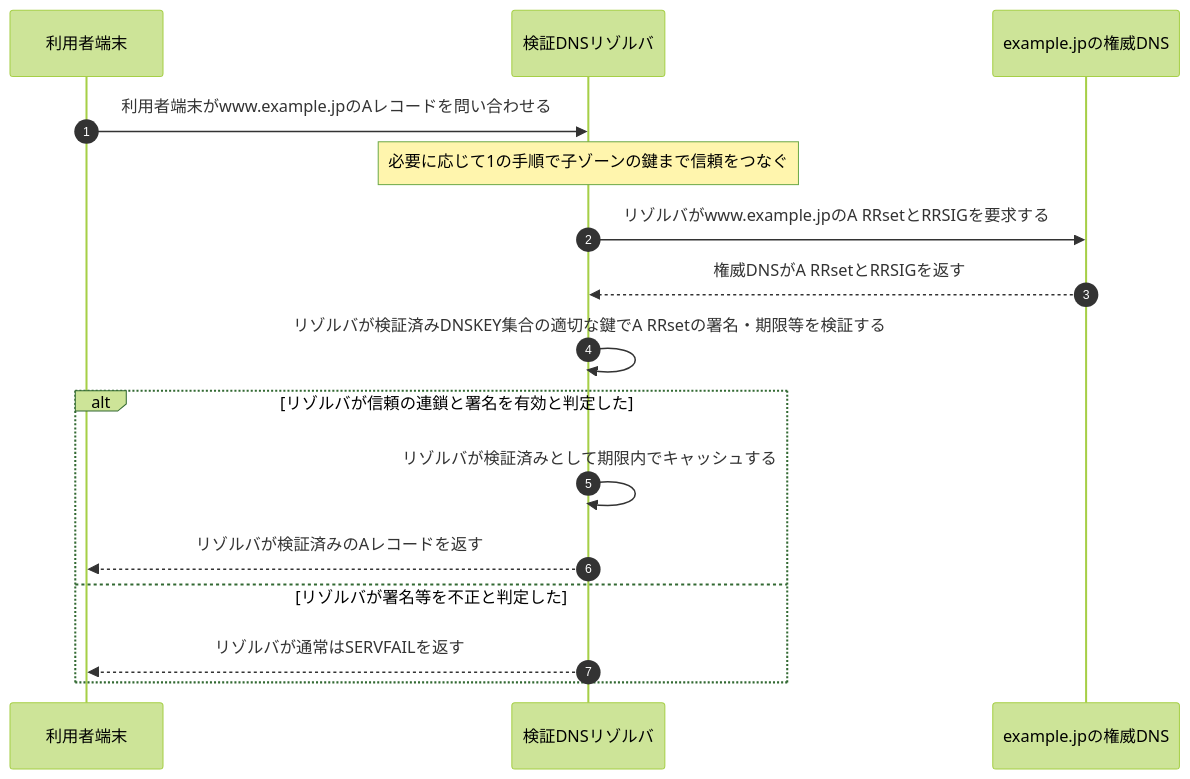
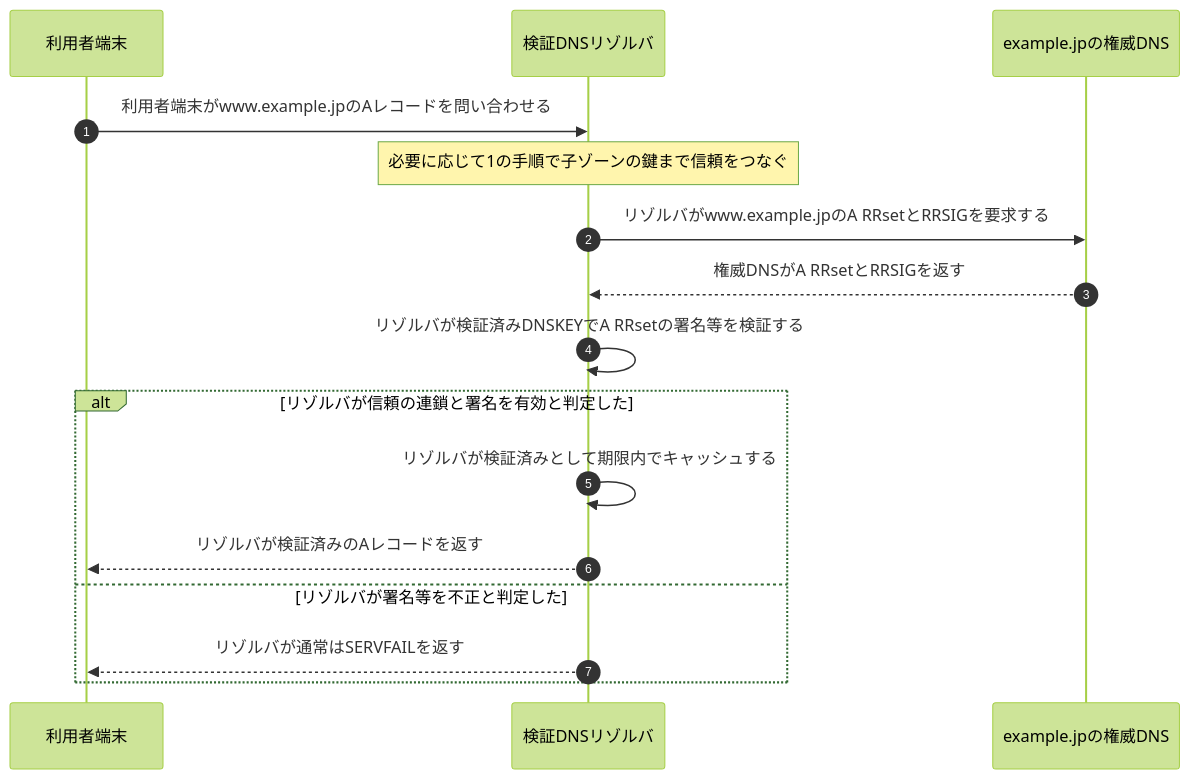
One commit to ryusuke2003/security-specialist-study changed the second of 2 diagrams in 復習用/流れ図/DNSSEC.md. Above: the diagram before and after it, drawn with Mermaid (forest theme). The commit also changed other lines of this file, not shown here.

Commit message:
DNSSEC流れ図のDS計算詳細を整理

````diff
--- a/復習用/流れ図/DNSSEC.md
+++ b/復習用/流れ図/DNSSEC.md
@@ -61,19 +61,19 @@
 ```mermaid
 sequenceDiagram
     autonumber
     participant U as 利用者端末
     participant R as 検証DNSリゾルバ
     participant C as example.jpの権威DNS
 
     U->>R: 利用者端末がwww.example.jpのAレコードを問い合わせる
     Note over R: 必要に応じて1の手順で子ゾーンの鍵まで信頼をつなぐ
     R->>C: リゾルバがwww.example.jpのA RRsetとRRSIGを要求する
     C-->>R: 権威DNSがA RRsetとRRSIGを返す
-    R->>R: リゾルバが検証済みDNSKEY集合の適切な鍵でA RRsetの署名・期限等を検証する
+    R->>R: リゾルバが検証済みDNSKEYでA RRsetの署名等を検証する
     alt リゾルバが信頼の連鎖と署名を有効と判定した
         R->>R: リゾルバが検証済みとして期限内でキャッシュする
         R-->>U: リゾルバが検証済みのAレコードを返す
     else リゾルバが署名等を不正と判定した
         R-->>U: リゾルバが通常はSERVFAILを返す
     end
 ```
````
